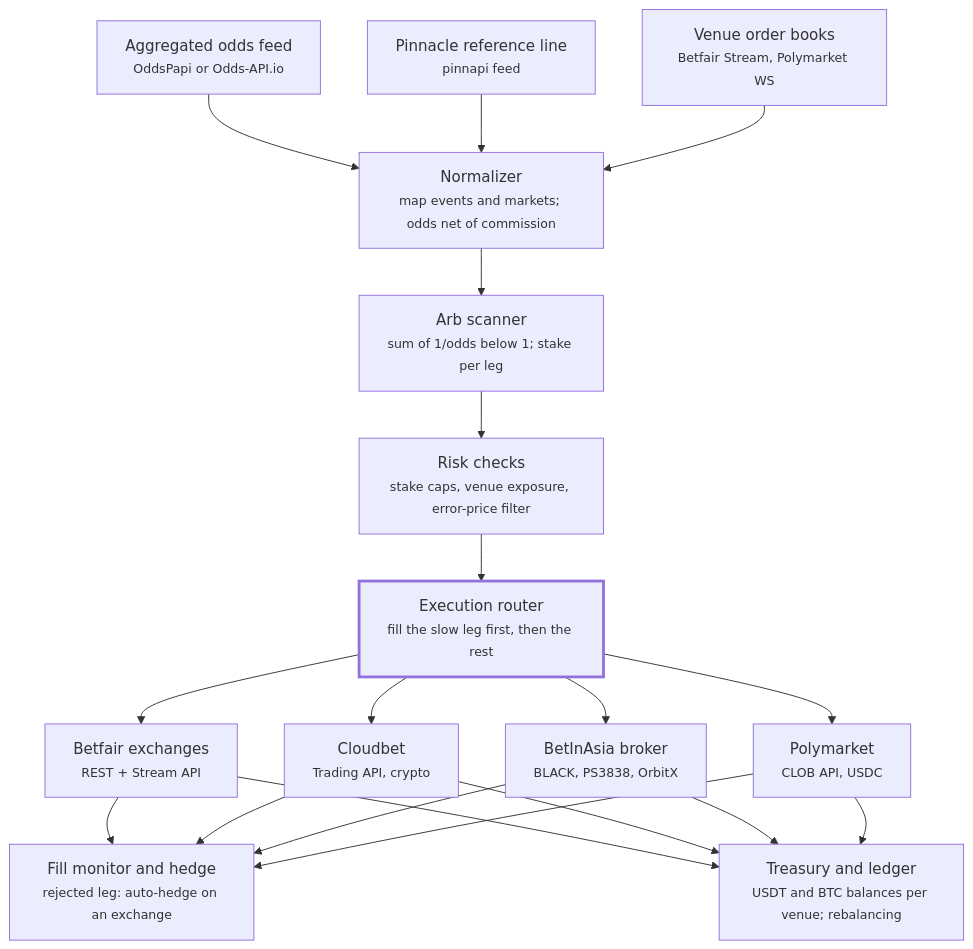
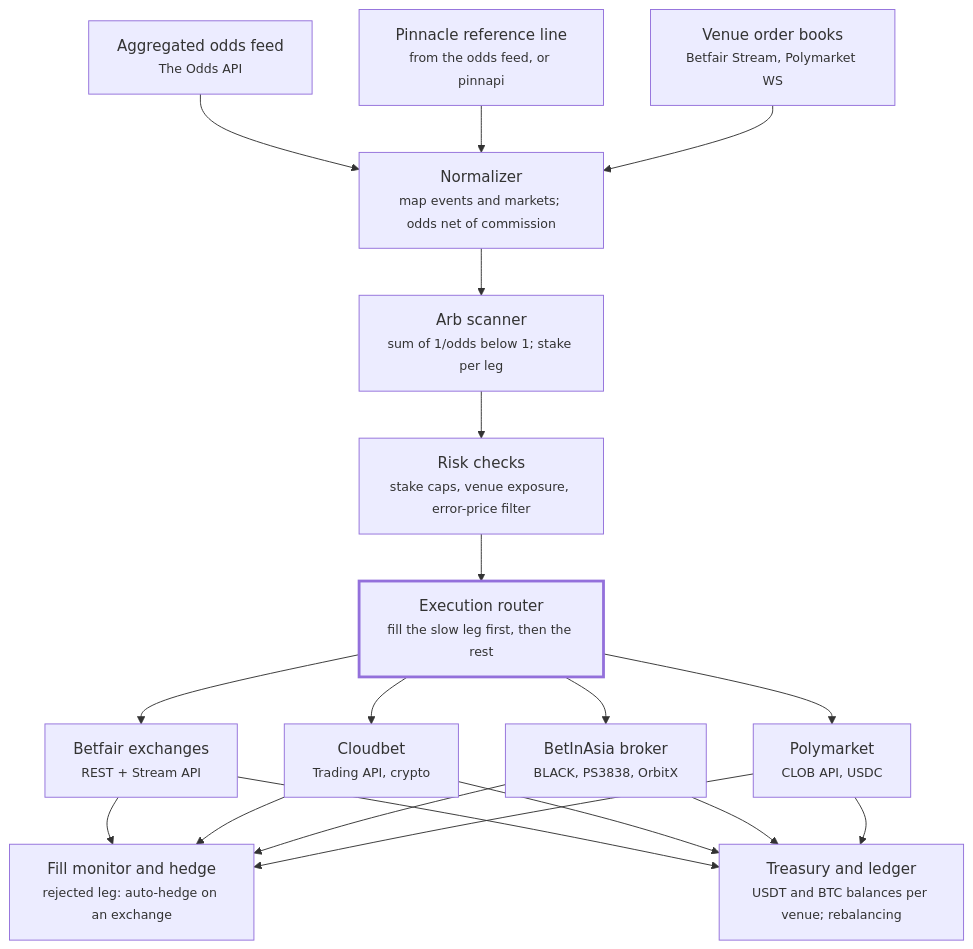
Before and after one commit to Asapsobi/bet-arbitrage: the diagram in docs/05-architecture.md, drawn with Mermaid. The commit also changed other lines of this file and 5 other files, not shown here.

````diff
--- a/docs/05-architecture.md
+++ b/docs/05-architecture.md
@@ -5,29 +7,29 @@
 ```mermaid
 flowchart TD
-    F1["Aggregated odds feed<br/><small>OddsPapi or Odds-API.io</small>"]
-    F2["Pinnacle reference line<br/><small>pinnapi feed</small>"]
+    F1["Aggregated odds feed<br/><small>The Odds API</small>"]
+    F2["Pinnacle reference line<br/><small>from the odds feed, or pinnapi</small>"]
     F3["Venue order books<br/><small>Betfair Stream, Polymarket WS</small>"]
 
     N["Normalizer<br/><small>map events and markets; odds net of commission</small>"]
     S["Arb scanner<br/><small>sum of 1/odds below 1; stake per leg</small>"]
     R["Risk checks<br/><small>stake caps, venue exposure, error-price filter</small>"]
     X["Execution router<br/><small>fill the slow leg first, then the rest</small>"]
 
     V1["Betfair exchanges<br/><small>REST + Stream API</small>"]
     V2["Cloudbet<br/><small>Trading API, crypto</small>"]
     V3["BetInAsia broker<br/><small>BLACK, PS3838, OrbitX</small>"]
     V4["Polymarket<br/><small>CLOB API, USDC</small>"]
 
     H["Fill monitor and hedge<br/><small>rejected leg: auto-hedge on an exchange</small>"]
     T["Treasury and ledger<br/><small>USDT and BTC balances per venue; rebalancing</small>"]
 
     F1 --> N
     F2 --> N
     F3 --> N
     N --> S --> R --> X
     X --> V1 & V2 & V3 & V4
     V1 & V2 & V3 & V4 --> H
     V1 & V2 & V3 & V4 --> T
 
     style X stroke-width:3px
 ```
````
